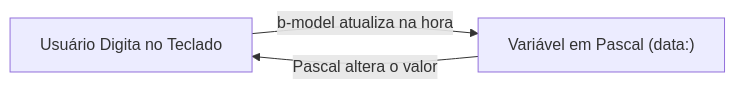
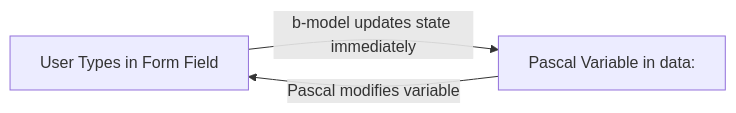
Before and after one commit to affonsoelias/BlaiseVue: the diagram in doc/Course/04-synchronization.md, drawn with Mermaid. The commit also changed other lines of this file and 13 other files, not shown here.

````diff
--- a/doc/Course/04-synchronization.md
+++ b/doc/Course/04-synchronization.md
@@ -14,5 +14,5 @@
 ```mermaid
 flowchart LR
-    A["Usuário Digita no Teclado"] -->|b-model atualiza na hora| B["Variável em Pascal (data:)"]
-    B -->|Pascal altera o valor| A
+    A["User Types in Form Field"] -->|b-model updates state immediately| B["Pascal Variable in data:"]
+    B -->|Pascal modifies variable| A
 ```
````
